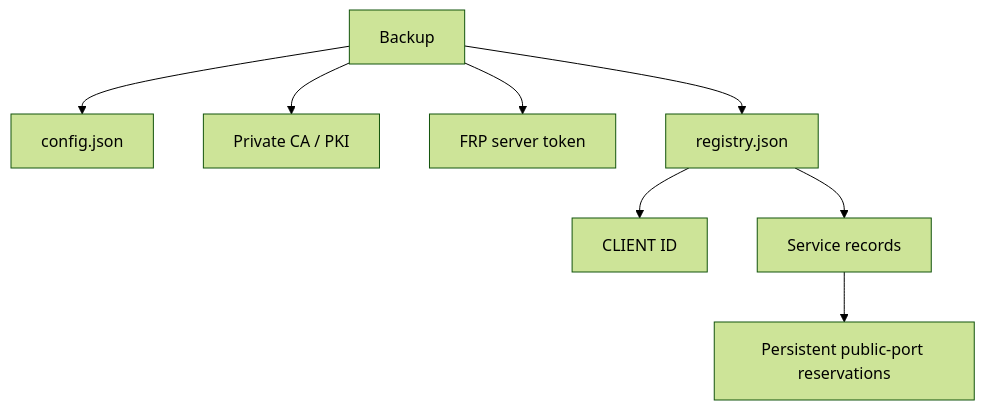
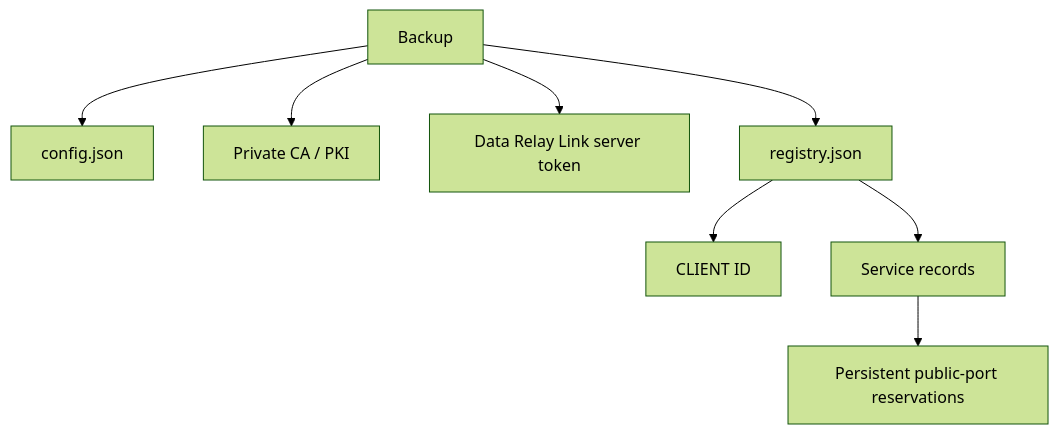
The first of 2 diagrams in ko/operations/backup-restore.mdx (datarelay-labs/data-relay-link-docs), drawn with Mermaid (forest theme) before and after one commit. The commit also changed other lines of this file and 32 other files, not shown here.

````diff
--- a/ko/operations/backup-restore.mdx
+++ b/ko/operations/backup-restore.mdx
@@ -14,10 +14,10 @@
 ```mermaid
 flowchart TB
     B[Backup] --> C[config.json]
     B --> P[Private CA / PKI]
-    B --> T[FRP server token]
+    B --> T[Data Relay Link server token]
     B --> R[registry.json]
     R --> I[CLIENT ID]
     R --> S[Service records]
     S --> PP[Persistent public-port reservations]
 ```
````
